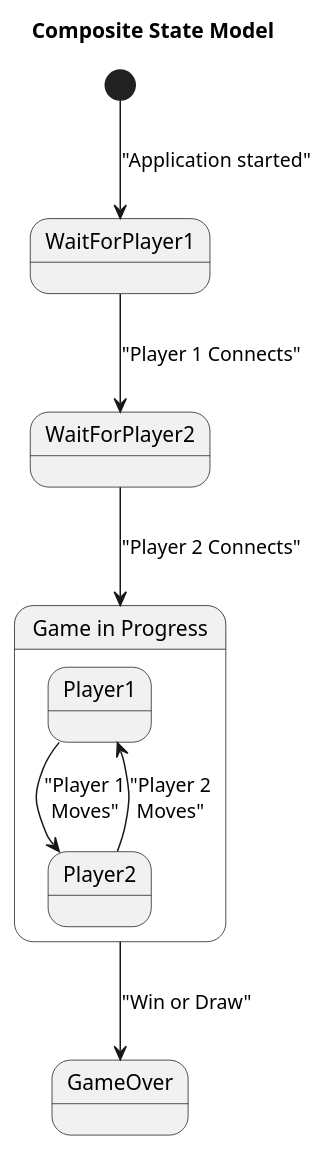
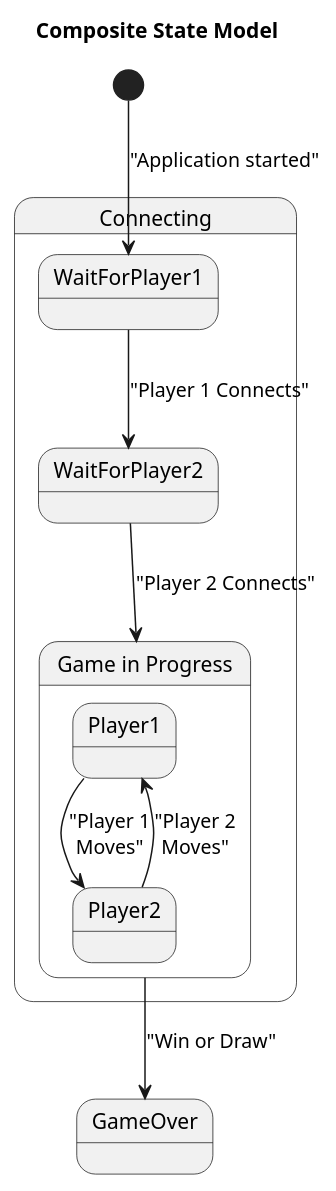
The diagram in diagrams/state-diagram.puml (TomSpencerLondon/TicTacToe4), drawn with PlantUML before and after one commit. The commit also changed 2 other files, not shown here.

```diff
--- a/diagrams/state-diagram.puml
+++ b/diagrams/state-diagram.puml
@@ -1,17 +1,17 @@
 @startuml
 
 title Composite State Model
-[*] --> WaitForPlayer1 : "Application started"
-WaitForPlayer1 --> WaitForPlayer2 : "Player 1 Connects"
-WaitForPlayer2 --> GameInProgress : "Player 2 Connects"
-
+state "Connecting" as Connecting {
+  WaitForPlayer1 --> WaitForPlayer2 : "Player 1 Connects"
+  WaitForPlayer2 --> GameInProgress : "Player 2 Connects"
+}
 state "Game in Progress" as GameInProgress {
   state Player1
   state Player2
   Player1 --> Player2: "Player 1\nMoves"
   Player2 --> Player1: "Player 2\nMoves"
 }
 
+[*] -->  WaitForPlayer1 : "Application started"
 GameInProgress --> GameOver : "Win or Draw"
-
 @enduml
```
